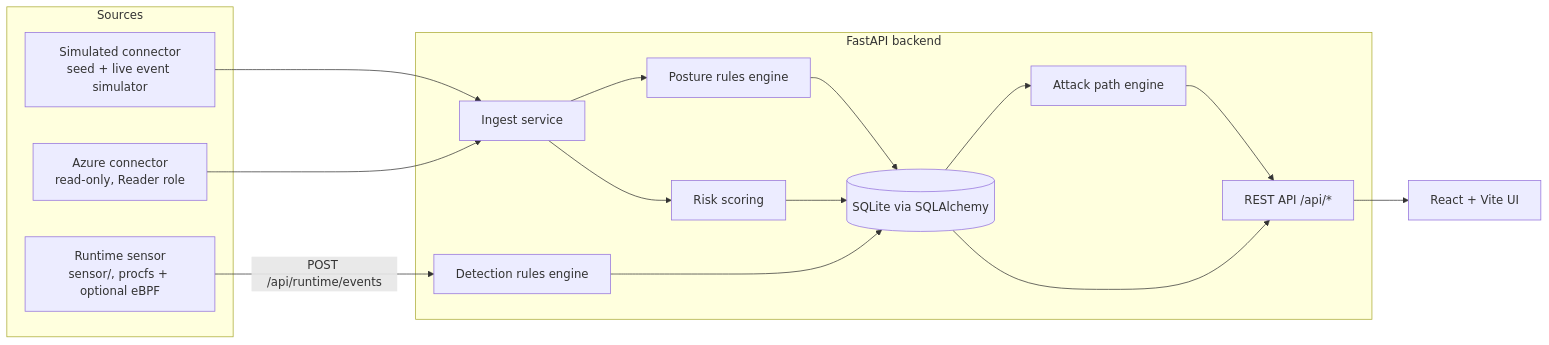
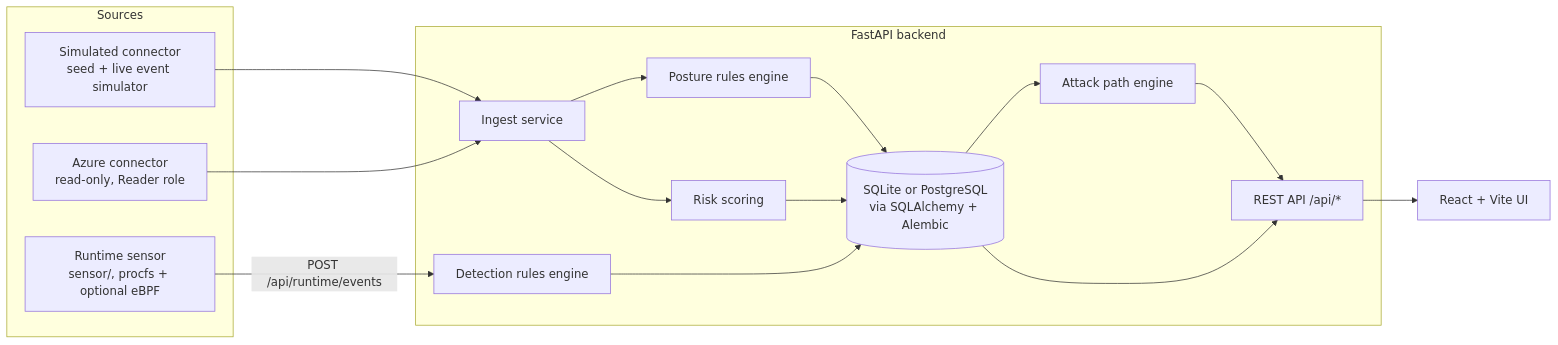
The diagram in README.md (Amechi-demigod/CloudSecurity), drawn with Mermaid before and after one commit. The commit also changed other lines of this file and 3 other files, not shown here.

````diff
--- a/README.md
+++ b/README.md
@@ -18,28 +18,28 @@
 ```mermaid
 flowchart LR
   subgraph Sources
     SIM[Simulated connector<br/>seed + live event simulator]
     AZ[Azure connector<br/>read-only, Reader role]
     SENSOR[Runtime sensor<br/>sensor/, procfs + optional eBPF]
   end
   subgraph Backend [FastAPI backend]
     ING[Ingest service]
     PR[Posture rules engine]
     DR[Detection rules engine]
     RS[Risk scoring]
     AP[Attack path engine]
-    DB[(SQLite via SQLAlchemy)]
+    DB[(SQLite or PostgreSQL<br/>via SQLAlchemy + Alembic)]
     API[REST API /api/*]
   end
   UI[React + Vite UI]
 
   SIM --> ING
   AZ --> ING
   SENSOR -- POST /api/runtime/events --> DR
   ING --> PR --> DB
   ING --> RS --> DB
   DR --> DB
   DB --> AP --> API
   DB --> API
   API --> UI
 ```
````
